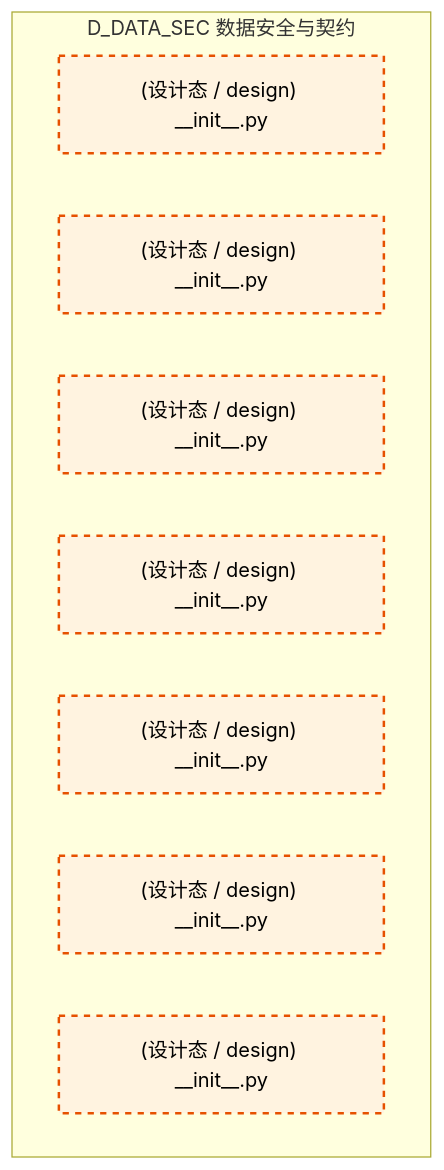
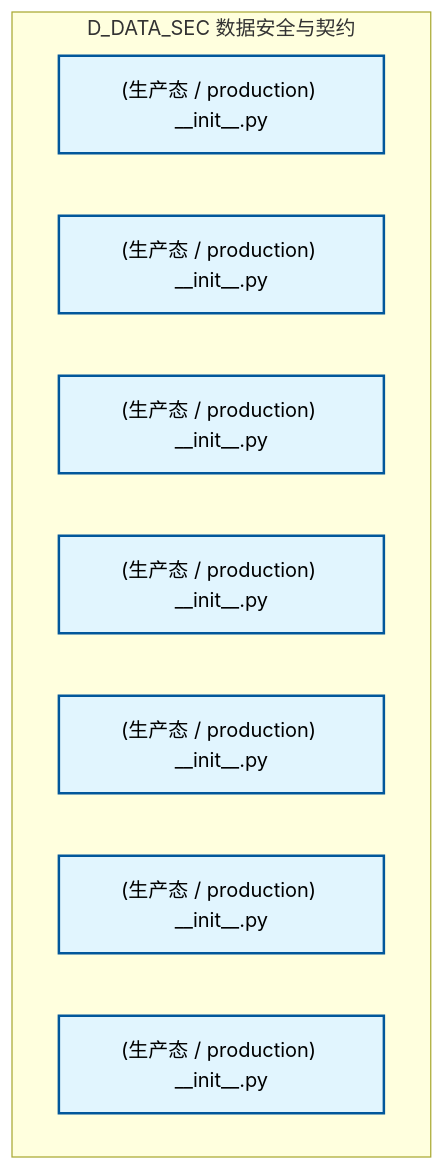
Before and after one commit to xuanFelixVan/ZephyrAlpha: the first of 2 diagrams in docs/02_enterprise_architecture/02_domain_architecture_docs/10_d_data_sec.md, drawn with Mermaid. The commit also changed other lines of this file and 128 other files, not shown here.

````diff
--- a/docs/02_enterprise_architecture/02_domain_architecture_docs/10_d_data_sec.md
+++ b/docs/02_enterprise_architecture/02_domain_architecture_docs/10_d_data_sec.md
@@ -68,17 +67,17 @@
 ```mermaid
 graph TD
     subgraph D_DATA_SEC["D_DATA_SEC 数据安全与契约"]
-        src_zephyr_data_security_init_py["(设计态 / design) __init__.py"]
-        src_zephyr_data_security_extensions_init_py["(设计态 / design) __init__.py"]
-        src_zephyr_data_security_api_init_py["(设计态 / design) __init__.py"]
-        src_zephyr_data_security_core_init_py["(设计态 / design) __init__.py"]
-        src_zephyr_data_security_infrastructure_init_py["(设计态 / design) __init__.py"]
-        src_zephyr_data_security_models_init_py["(设计态 / design) __init__.py"]
-        src_zephyr_data_security_services_init_py["(设计态 / design) __init__.py"]
+        src_zephyr_data_security_init_py["(生产态 / production) __init__.py"]
+        src_zephyr_data_security_extensions_init_py["(生产态 / production) __init__.py"]
+        src_zephyr_data_security_api_init_py["(生产态 / production) __init__.py"]
+        src_zephyr_data_security_core_init_py["(生产态 / production) __init__.py"]
+        src_zephyr_data_security_infrastructure_init_py["(生产态 / production) __init__.py"]
+        src_zephyr_data_security_models_init_py["(生产态 / production) __init__.py"]
+        src_zephyr_data_security_services_init_py["(生产态 / production) __init__.py"]
     end
     classDef production fill:#e1f5fe,stroke:#01579b,stroke-width:2px,color:#000
     classDef design fill:#fff3e0,stroke:#e65100,stroke-width:2px,color:#000,stroke-dasharray: 5 5
     classDef external_prod fill:#e8f5e9,stroke:#1b5e20,stroke-width:1px,color:#000
     classDef external_design fill:#fce4ec,stroke:#880e4f,stroke-width:1px,color:#000,stroke-dasharray: 5 5
-    class src_zephyr_data_security_init_py,src_zephyr_data_security_extensions_init_py,src_zephyr_data_security_api_init_py,src_zephyr_data_security_core_init_py,src_zephyr_data_security_infrastructure_init_py,src_zephyr_data_security_models_init_py,src_zephyr_data_security_services_init_py design
+    class src_zephyr_data_security_init_py,src_zephyr_data_security_extensions_init_py,src_zephyr_data_security_api_init_py,src_zephyr_data_security_core_init_py,src_zephyr_data_security_infrastructure_init_py,src_zephyr_data_security_models_init_py,src_zephyr_data_security_services_init_py production
 ```
````
